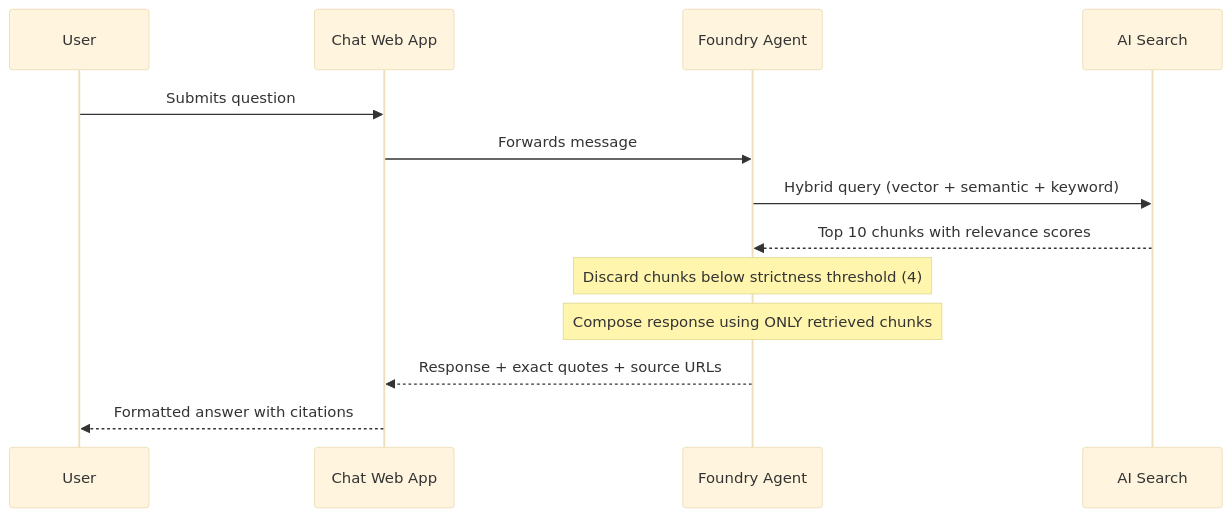
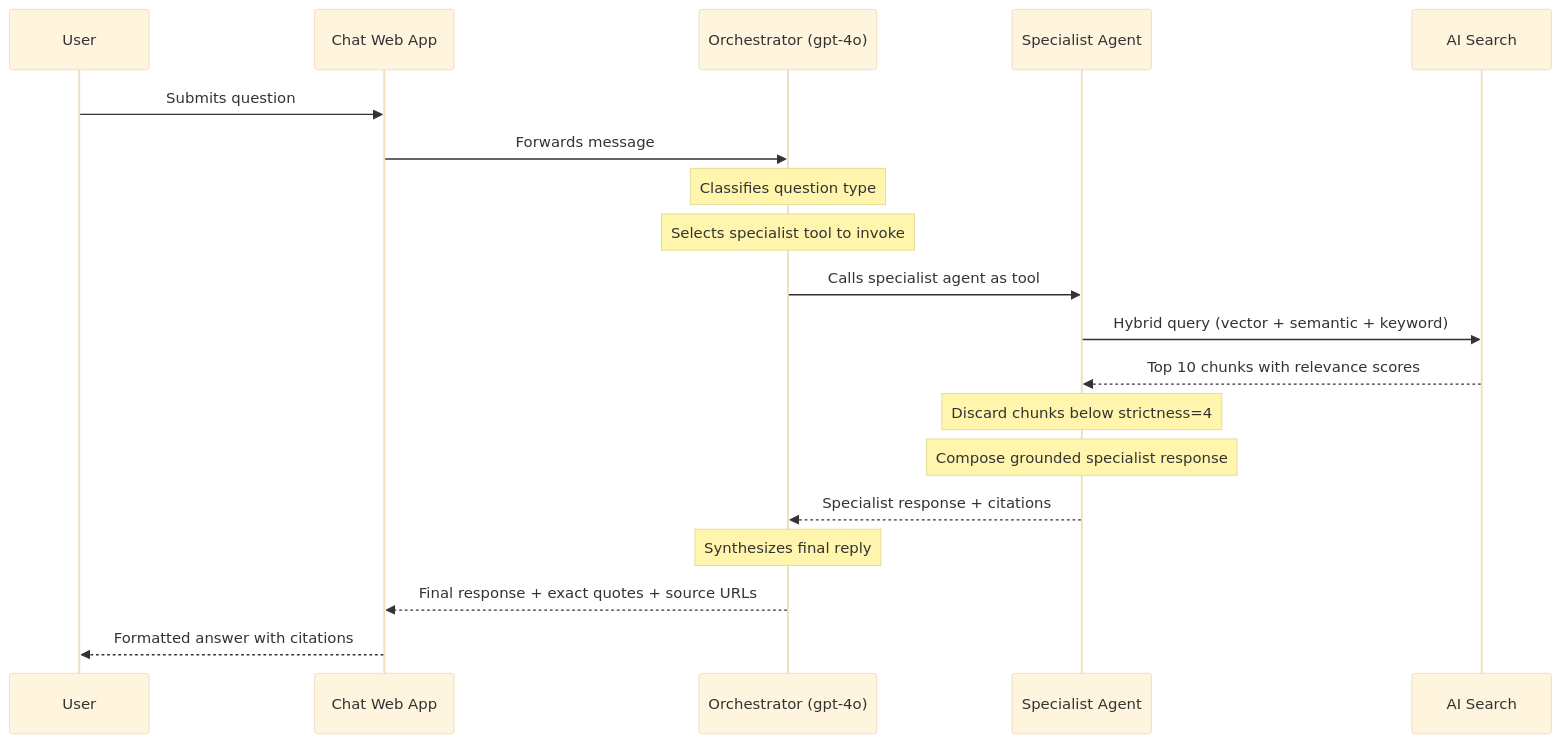
The second of 2 diagrams in docs/architecture.md (ricardo-msft-SE/policybot1), drawn with Mermaid (base theme) before and after one commit. The commit also changed other lines of this file and 10 other files, not shown here.

First line of the commit message:
feat: multi-agent architecture with specialized models

````diff
--- a/docs/architecture.md
+++ b/docs/architecture.md
@@ -100,19 +126,26 @@
 ```mermaid
 sequenceDiagram
     participant User
     participant WebApp as Chat Web App
-    participant Agent as Foundry Agent
+    participant Orch as Orchestrator (gpt-4o)
+    participant Specialist as Specialist Agent
     participant Search as AI Search
 
     User->>WebApp: Submits question
-    WebApp->>Agent: Forwards message
+    WebApp->>Orch: Forwards message
 
-    Agent->>Search: Hybrid query (vector + semantic + keyword)
-    Search-->>Agent: Top 10 chunks with relevance scores
+    Note over Orch: Classifies question type
+    Note over Orch: Selects specialist tool to invoke
 
-    Note over Agent: Discard chunks below strictness threshold (4)
-    Note over Agent: Compose response using ONLY retrieved chunks
+    Orch->>Specialist: Calls specialist agent as tool
+    Specialist->>Search: Hybrid query (vector + semantic + keyword)
+    Search-->>Specialist: Top 10 chunks with relevance scores
 
-    Agent-->>WebApp: Response + exact quotes + source URLs
+    Note over Specialist: Discard chunks below strictness=4
+    Note over Specialist: Compose grounded specialist response
+
+    Specialist-->>Orch: Specialist response + citations
+    Note over Orch: Synthesizes final reply
+    Orch-->>WebApp: Final response + exact quotes + source URLs
     WebApp-->>User: Formatted answer with citations
 ```
````
